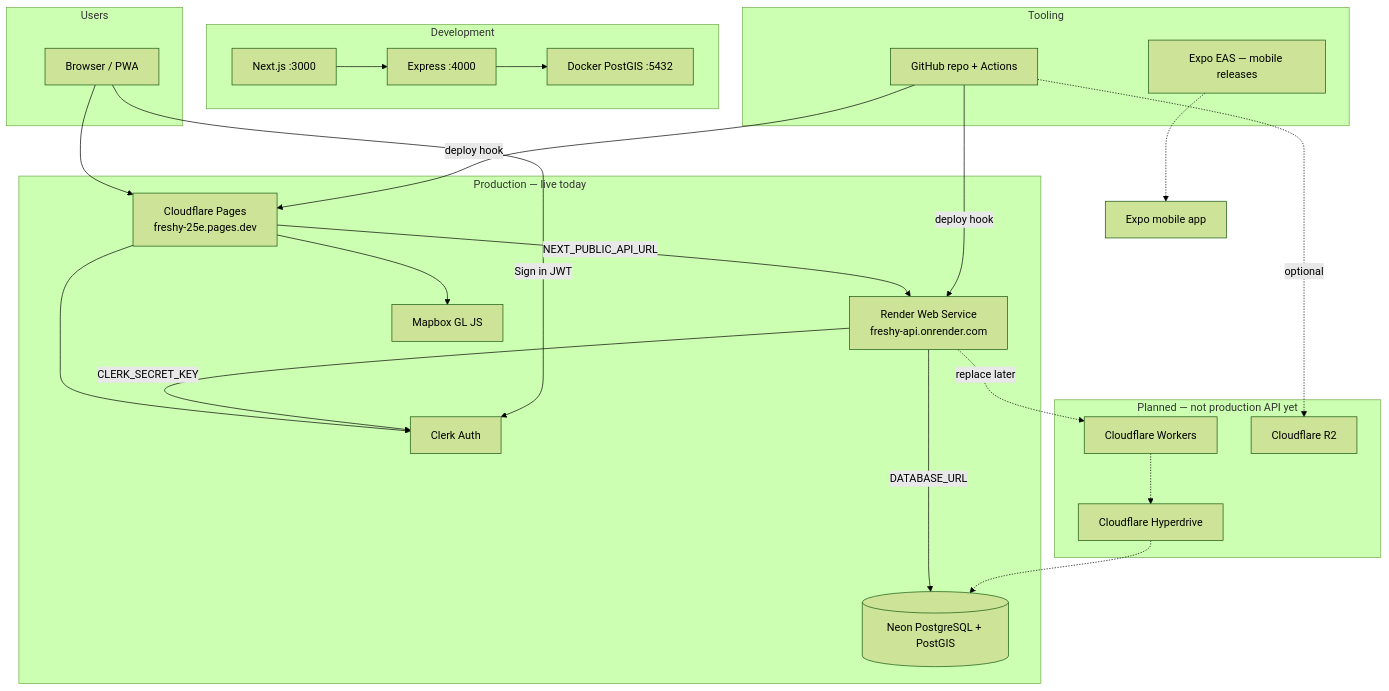
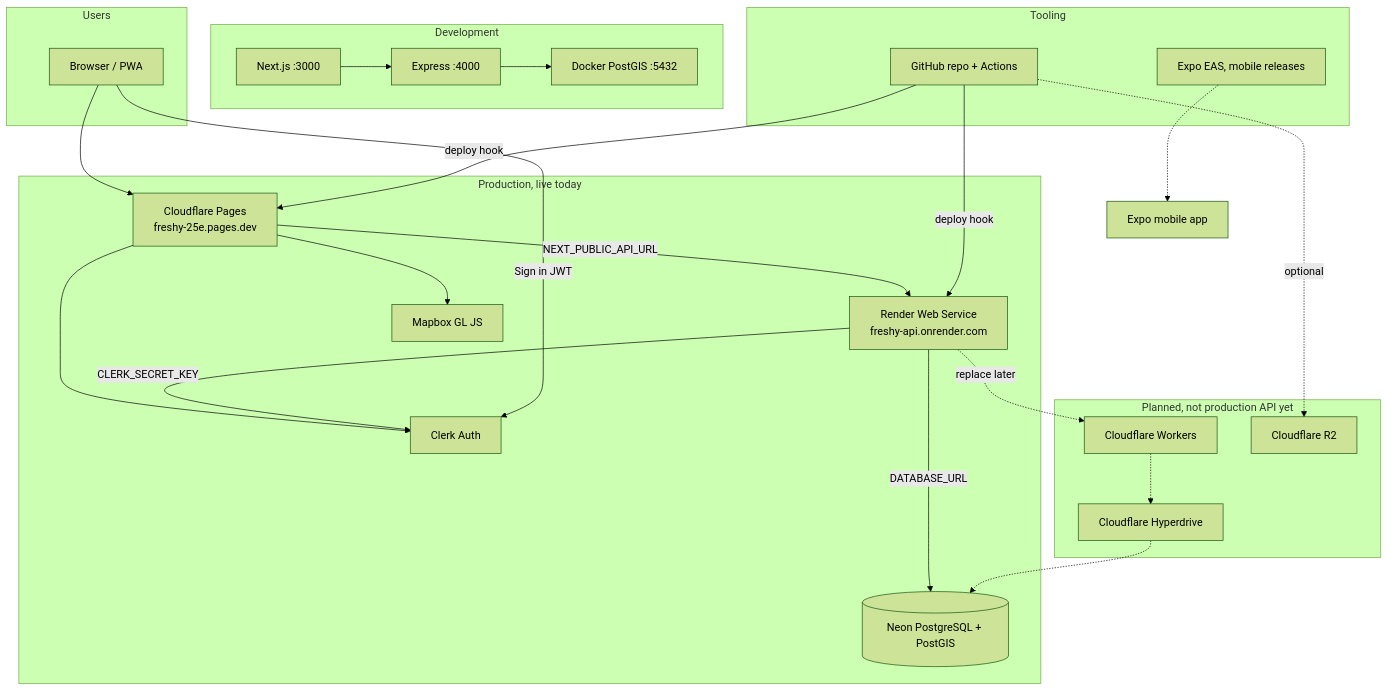
One commit to alexandrelheinen/freshy changed the first of 3 diagrams in docs/platforms.md. Above: the diagram before and after it, drawn with Mermaid (forest theme). The commit also changed other lines of this file and 17 other files, not shown here.

First line of the commit message:
docs: add Cursor writing rules, clean README, sync roadmap with production

````diff
--- a/docs/platforms.md
+++ b/docs/platforms.md
@@ -21,48 +21,48 @@
 ```mermaid
 flowchart TB
     subgraph users [Users]
         Browser[Browser / PWA]
     end
 
-    subgraph prod [Production — live today]
+    subgraph prod [Production, live today]
         Pages["Cloudflare Pages<br/>freshy-25e.pages.dev"]
         Render["Render Web Service<br/>freshy-api.onrender.com"]
         Neon[(Neon PostgreSQL + PostGIS)]
         Clerk[Clerk Auth]
         Mapbox[Mapbox GL JS]
     end
 
     subgraph dev [Development]
         Docker[Docker PostGIS :5432]
         LocalAPI[Express :4000]
         LocalWeb[Next.js :3000]
     end
 
-    subgraph future [Planned — not production API yet]
+    subgraph future [Planned, not production API yet]
         Workers[Cloudflare Workers]
         Hyperdrive[Cloudflare Hyperdrive]
         R2[Cloudflare R2]
     end
 
     subgraph tooling [Tooling]
         GitHub[GitHub repo + Actions]
-        EAS[Expo EAS — mobile releases]
+        EAS[Expo EAS, mobile releases]
     end
 
     Browser --> Pages
     Pages -->|NEXT_PUBLIC_API_URL| Render
     Pages --> Mapbox
     Pages --> Clerk
     Render -->|DATABASE_URL| Neon
     Render -->|CLERK_SECRET_KEY| Clerk
     Browser -->|Sign in JWT| Clerk
 
     LocalWeb --> LocalAPI --> Docker
     GitHub -->|deploy hook| Pages
     GitHub -->|deploy hook| Render
     GitHub -.->|optional| R2
     EAS -.-> Mobile[Expo mobile app]
 
     Workers -.-> Hyperdrive -.-> Neon
     Render -.->|replace later| Workers
 ```
````
